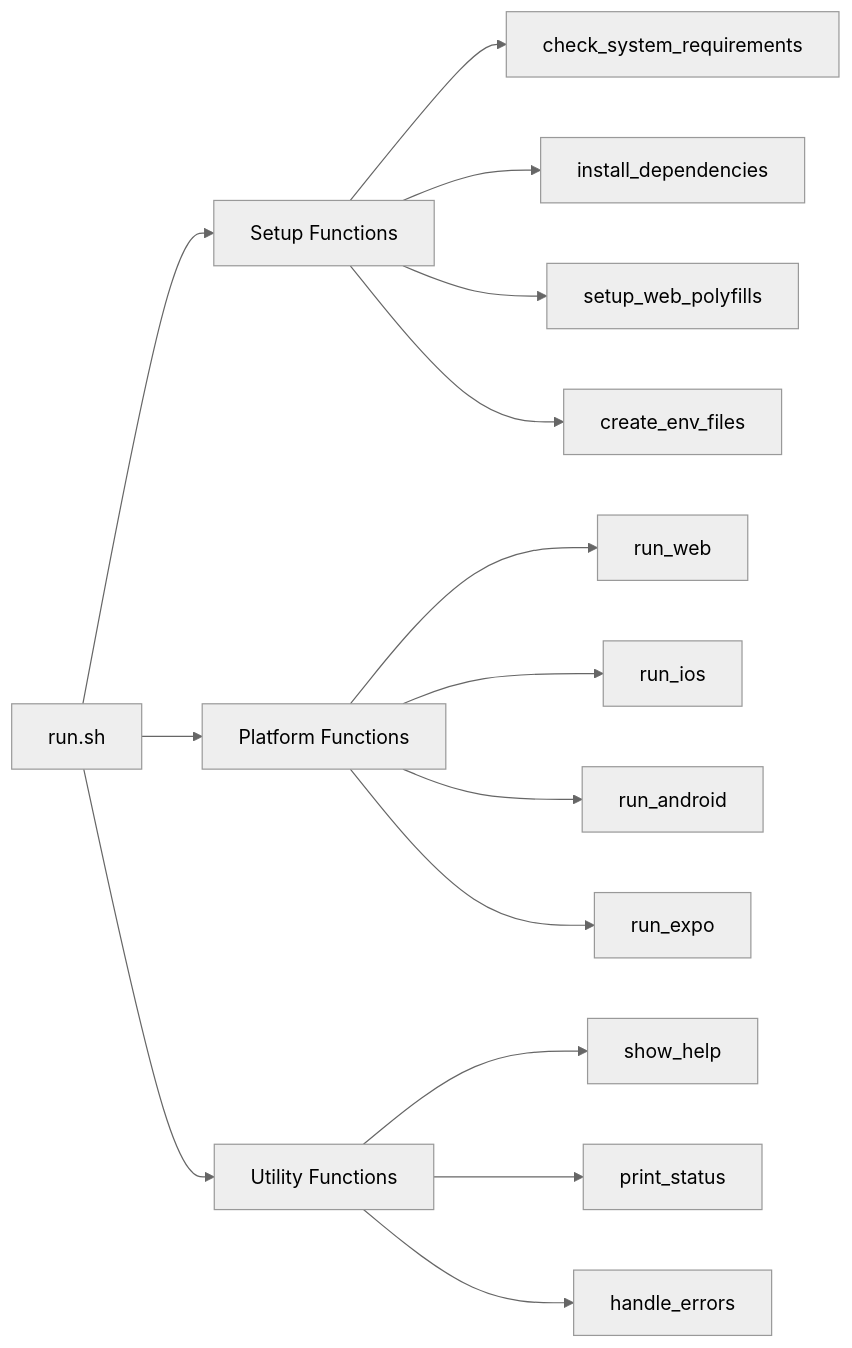
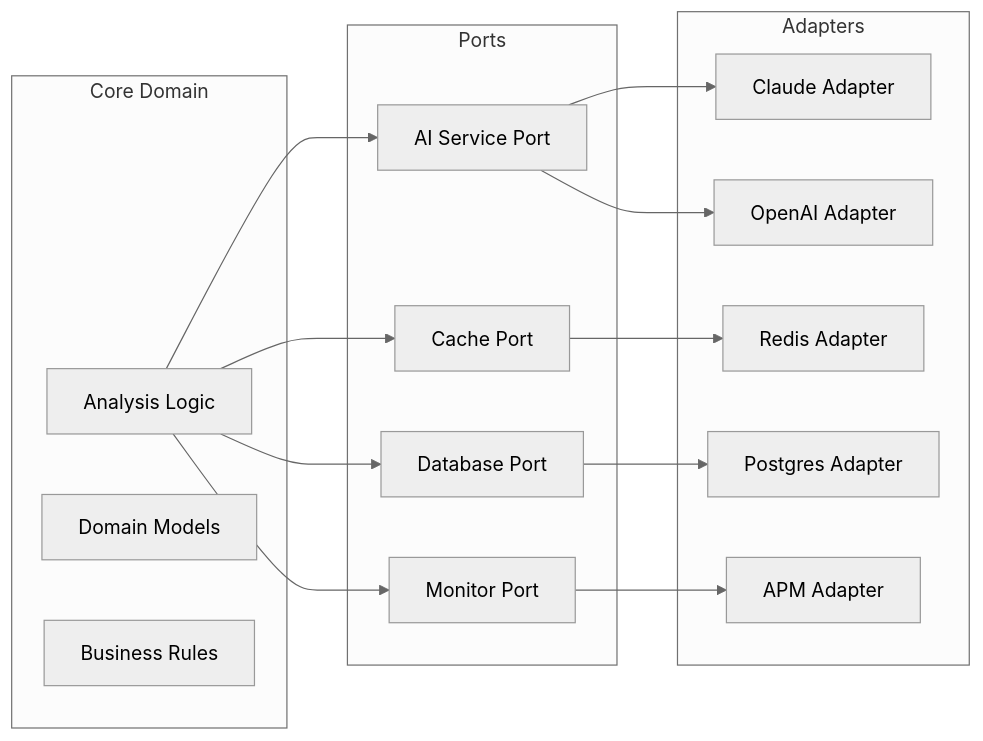
One commit to radicalkjax/Athena changed the second of 24 diagrams in docs/ARCHITECTURE.md. Above: the diagram before and after it, drawn with Mermaid (neutral theme). The commit also changed other lines of this file and 94 other files, not shown here.

````diff
--- a/docs/ARCHITECTURE.md
+++ b/docs/ARCHITECTURE.md
@@ -80,20 +110,34 @@
 ```mermaid
-flowchart LR
-    A[run.sh] --> B[Setup Functions]
-    A --> C[Platform Functions]
-    A --> D[Utility Functions]
+graph LR
+    subgraph "Core Domain"
+        Analysis[Analysis Logic]
+        Models[Domain Models]
+        Rules[Business Rules]
+    end
     
-    B --> B1[check_system_requirements]
-    B --> B2[install_dependencies]
-    B --> B3[setup_web_polyfills]
-    B --> B4[create_env_files]
+    subgraph "Ports"
+        AIPort[AI Service Port]
+        CachePort[Cache Port]
+        DBPort[Database Port]
+        MonitorPort[Monitor Port]
+    end
     
-    C --> C1[run_web]
-    C --> C2[run_ios]
-    C --> C3[run_android]
-    C --> C4[run_expo]
+    subgraph "Adapters"
+        ClaudeAdapter[Claude Adapter]
+        OpenAIAdapter[OpenAI Adapter]
+        RedisAdapter[Redis Adapter]
+        PostgresAdapter[Postgres Adapter]
+        APMAdapter[APM Adapter]
+    end
     
-    D --> D1[show_help]
-    D --> D2[print_status]
-    D --> D3[handle_errors]
+    Analysis --> AIPort
+    Analysis --> CachePort
+    Analysis --> DBPort
+    Analysis --> MonitorPort
+    
+    AIPort --> ClaudeAdapter
+    AIPort --> OpenAIAdapter
+    CachePort --> RedisAdapter
+    DBPort --> PostgresAdapter
+    MonitorPort --> APMAdapter
 ```
````
